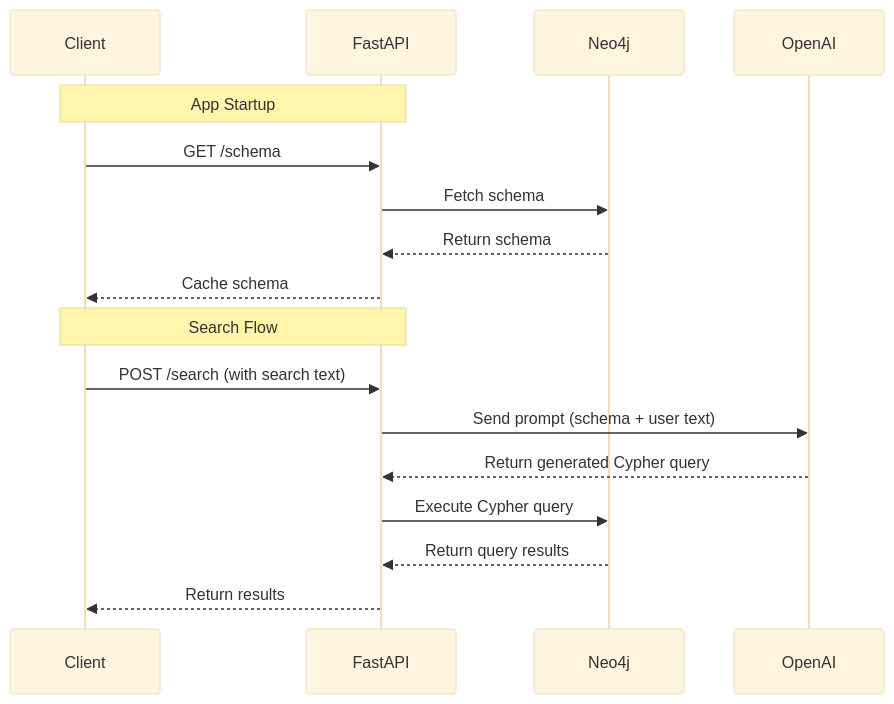
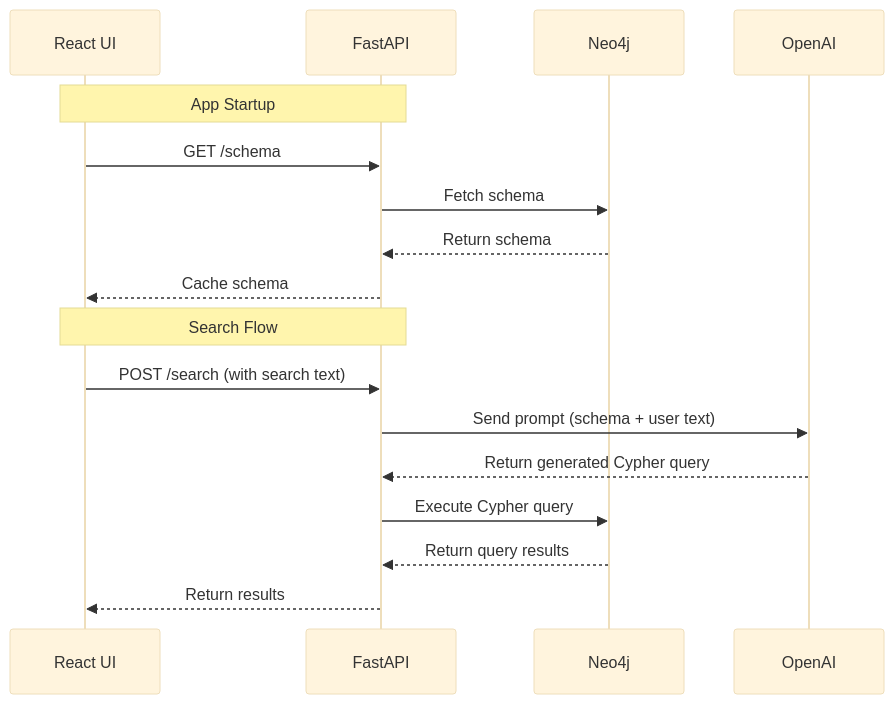
Before and after one commit to manbradcalf/mss-site-astro: the diagram in src/content/blog/StatFoundry-Part2.md, drawn with Mermaid (base theme). The commit also changed other lines of this file and 1 other file, not shown here.

````diff
--- a/src/content/blog/StatFoundry-Part2.md
+++ b/src/content/blog/StatFoundry-Part2.md
@@ -246,21 +244,21 @@
 ```mermaid
 sequenceDiagram
-    participant Client
+    participant React UI
     participant FastAPI
     participant Neo4j
     participant OpenAI
 
-    Note over Client,FastAPI: App Startup
-    Client->>FastAPI: GET /schema
+    Note over React UI,FastAPI: App Startup
+    React UI->>FastAPI: GET /schema
     FastAPI->>Neo4j: Fetch schema
     Neo4j-->>FastAPI: Return schema
-    FastAPI-->>Client: Cache schema
+    FastAPI-->>React UI: Cache schema
 
-    Note over Client,FastAPI: Search Flow
-    Client->>FastAPI: POST /search (with search text)
+    Note over React UI,FastAPI: Search Flow
+    React UI->>FastAPI: POST /search (with search text)
     FastAPI->>OpenAI: Send prompt (schema + user text)
     OpenAI-->>FastAPI: Return generated Cypher query
     FastAPI->>Neo4j: Execute Cypher query
     Neo4j-->>FastAPI: Return query results
-    FastAPI-->>Client: Return results
+    FastAPI-->>React UI: Return results
 ```
````
